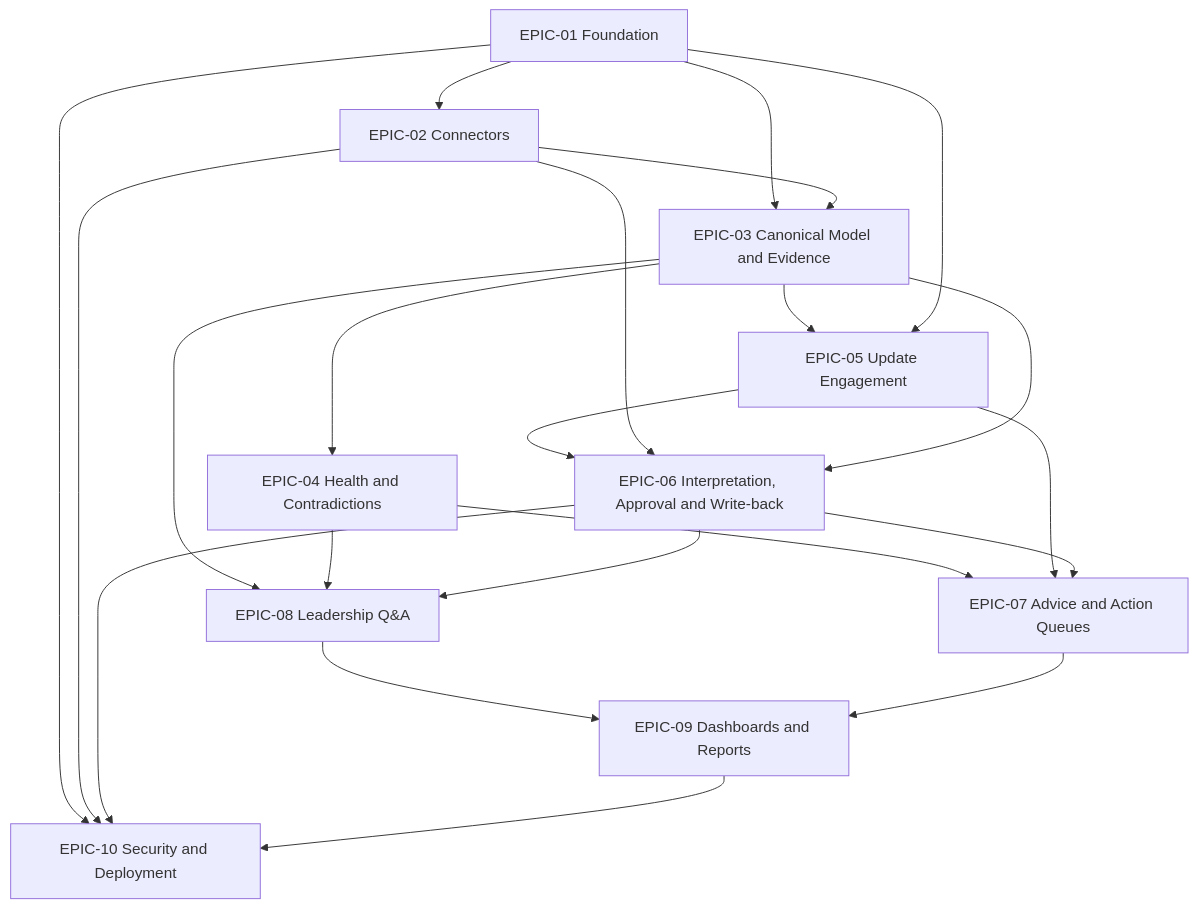
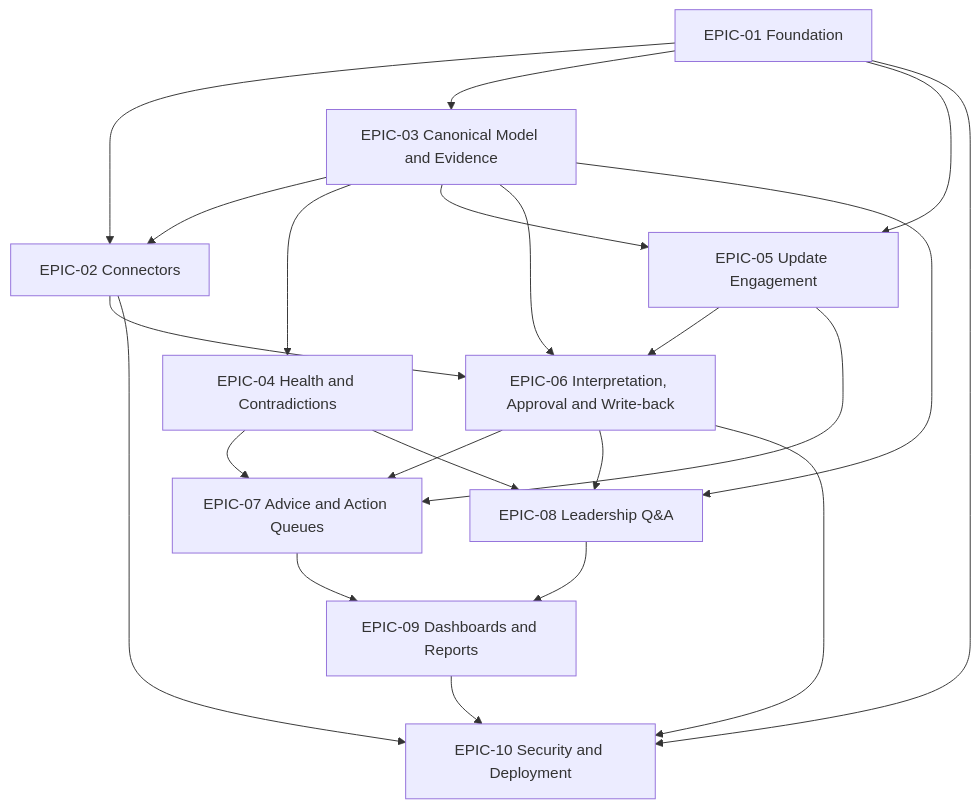
One commit to APReddy-AutoBotz/Project-Delivery-Agent changed the diagram in docs/04-delivery/DEPENDENCY_MAP.md. Above: the diagram before and after it, drawn with Mermaid. The commit also changed other lines of this file and 67 other files, not shown here.

````diff
--- a/docs/04-delivery/DEPENDENCY_MAP.md
+++ b/docs/04-delivery/DEPENDENCY_MAP.md
@@ -3,24 +3,24 @@
 ```mermaid
 flowchart TD
     F[EPIC-01 Foundation] --> C[EPIC-02 Connectors]
     F --> M[EPIC-03 Canonical Model and Evidence]
-    C --> M
+    M --> C
     M --> H[EPIC-04 Health and Contradictions]
     M --> U[EPIC-05 Update Engagement]
     F --> U
     U --> A[EPIC-06 Interpretation, Approval and Write-back]
     C --> A
     M --> A
     H --> V[EPIC-07 Advice and Action Queues]
     U --> V
     A --> V
     M --> Q[EPIC-08 Leadership Q&A]
     H --> Q
     A --> Q
     Q --> R[EPIC-09 Dashboards and Reports]
     V --> R
     F --> S[EPIC-10 Security and Deployment]
     C --> S
     A --> S
     R --> S
 ```
````
